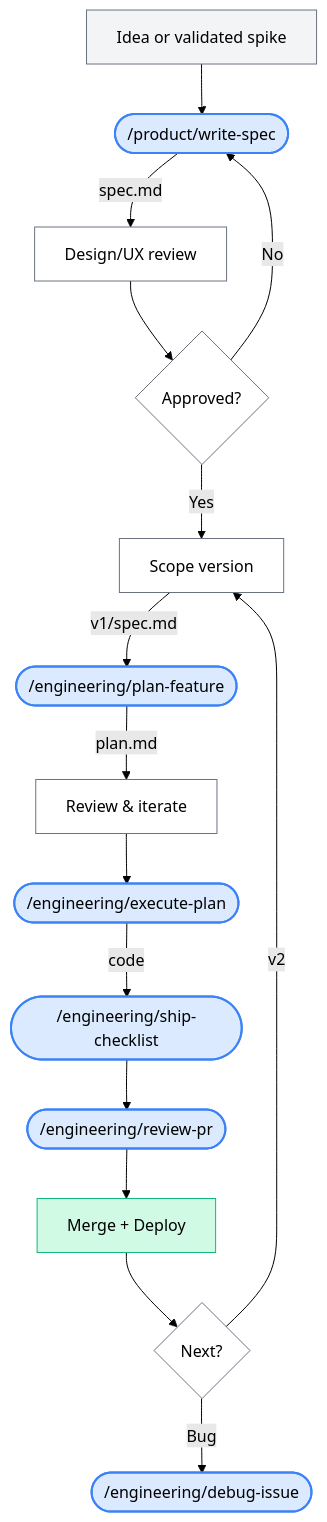
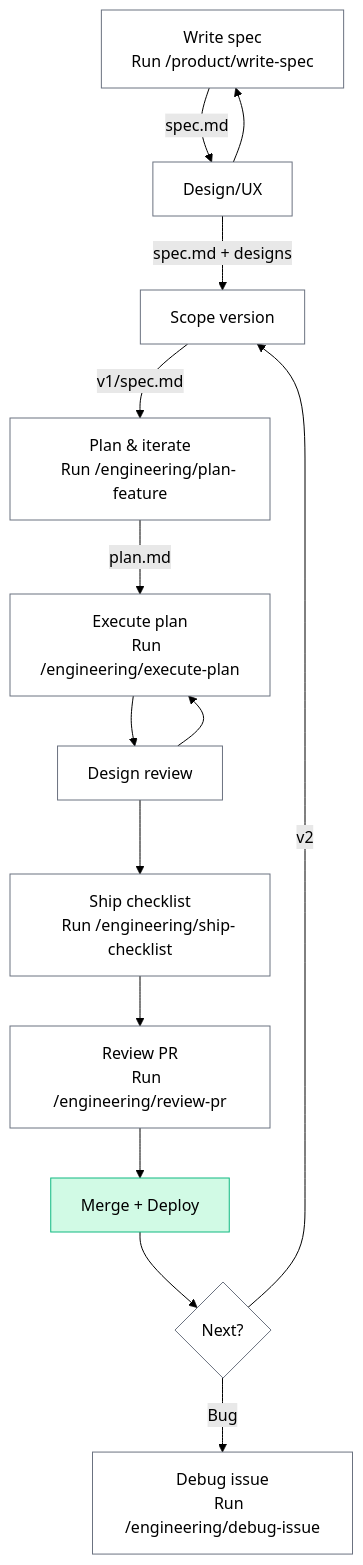
The second of 2 diagrams in README.md (DalgoT4D/dalgo-core), drawn with Mermaid (forest theme) before and after one commit. The commit also changed other lines of this file, not shown here.

````diff
--- a/README.md
+++ b/README.md
@@ -85,31 +87,34 @@
 ```mermaid
 flowchart TD
-    A["Idea or validated spike"] --> B(["/product/write-spec"])
-    B --> |"spec.md"| DR["Design/UX review"]
-    DR --> DRG{Approved?}
-    DRG --> |Yes| C["Scope version"]
-    DRG --> |No| B
-    C --> |"v1/spec.md"| D(["/engineering/plan-feature"])
-    D --> |"plan.md"| E["Review & iterate"]
-    E --> F(["/engineering/execute-plan"])
-    F --> |"code"| G(["/engineering/ship-checklist"])
-    G --> H(["/engineering/review-pr"])
+    A["Write spec
+    Run /product/write-spec"] --> |"spec.md"| DR["Design/UX"]
+    DR --> |"spec.md + designs"| C["Scope version"]
+    DR --> A
+    C --> |"v1/spec.md"| D["Plan & iterate
+    Run /engineering/plan-feature"]
+    D --> |"plan.md"| F["Execute plan
+    Run /engineering/execute-plan"]
+    F --> DR2["Design review"]
+    DR2 --> G["Ship checklist
+    Run /engineering/ship-checklist"]
+    DR2 --> F
+    G --> H["Review PR
+    Run /engineering/review-pr"]
     H --> I["Merge + Deploy"]
     I --> J{Next?}
-    J --> |Bug| K(["/engineering/debug-issue"])
+    J --> |Bug| K["Debug issue
+    Run /engineering/debug-issue"]
     J --> |v2| C
 
-    style A fill:#f3f4f6,stroke:#6b7280,color:#000
-    style B fill:#dbeafe,stroke:#3b82f6,color:#000,stroke-width:2px
+    style A fill:#fff,stroke:#6b7280,color:#000
     style DR fill:#fff,stroke:#6b7280,color:#000
-    style DRG fill:#fff,stroke:#6b7280,color:#000
     style C fill:#fff,stroke:#6b7280,color:#000
-    style D fill:#dbeafe,stroke:#3b82f6,color:#000,stroke-width:2px
-    style E fill:#fff,stroke:#6b7280,color:#000
-    style F fill:#dbeafe,stroke:#3b82f6,color:#000,stroke-width:2px
-    style G fill:#dbeafe,stroke:#3b82f6,color:#000,stroke-width:2px
-    style H fill:#dbeafe,stroke:#3b82f6,color:#000,stroke-width:2px
+    style D fill:#fff,stroke:#6b7280,color:#000
+    style F fill:#fff,stroke:#6b7280,color:#000
+    style DR2 fill:#fff,stroke:#6b7280,color:#000
+    style G fill:#fff,stroke:#6b7280,color:#000
+    style H fill:#fff,stroke:#6b7280,color:#000
     style I fill:#d1fae5,stroke:#10b981,color:#000
     style J fill:#fff,stroke:#6b7280,color:#000
-    style K fill:#dbeafe,stroke:#3b82f6,color:#000,stroke-width:2px
+    style K fill:#fff,stroke:#6b7280,color:#000
 ```
````
